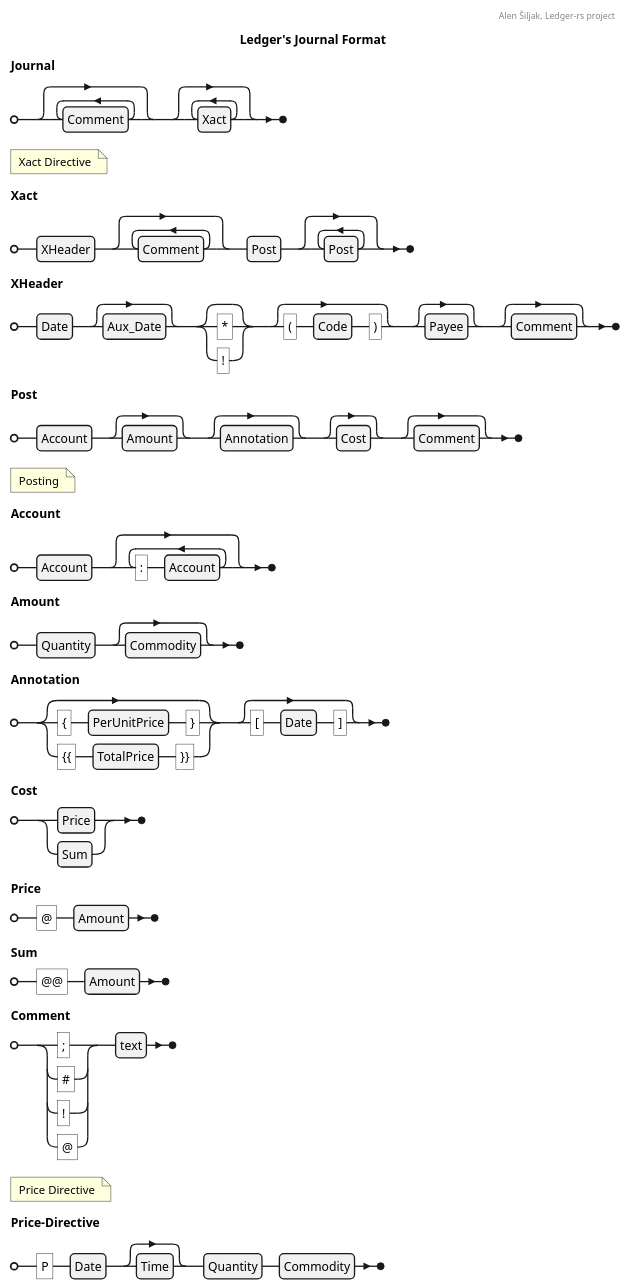
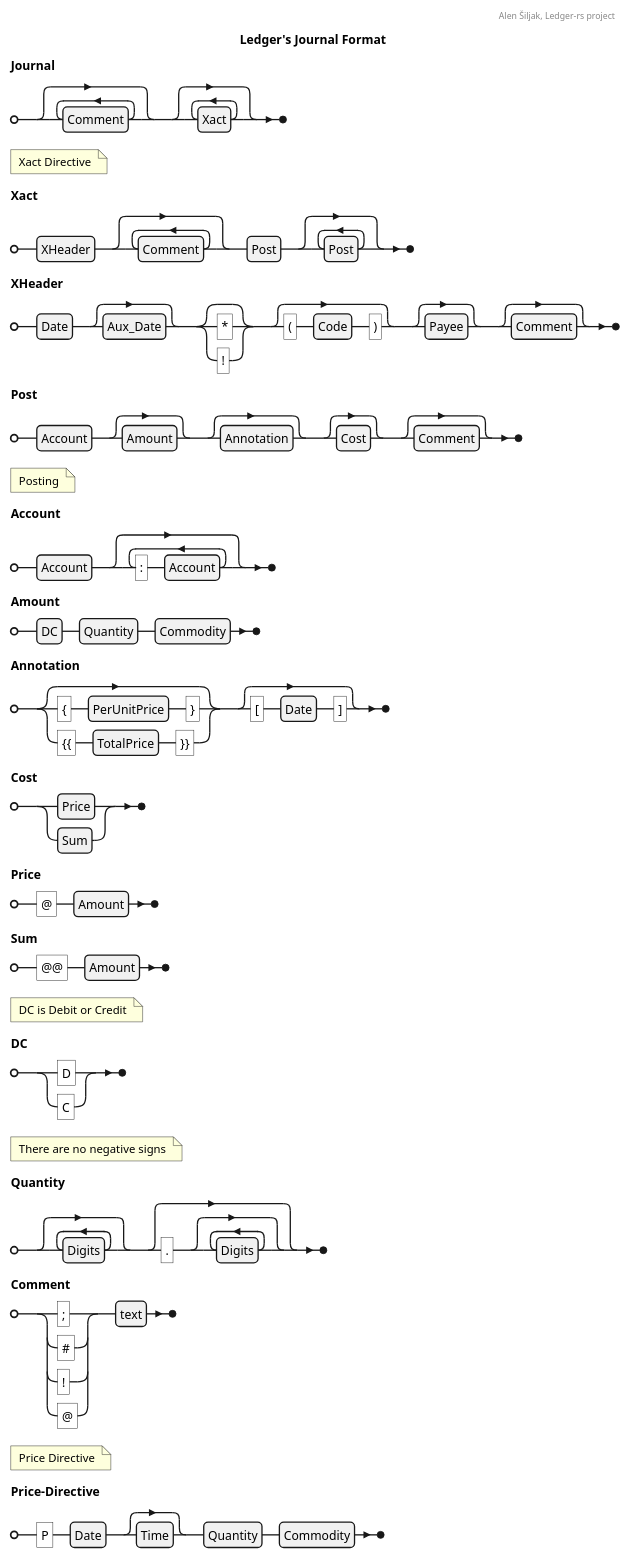
The diagram in grid-accounting/ledger-ebnf.plantuml (stevegt/lab), drawn with PlantUML before and after one commit. The commit also changed 2 other files, not shown here.

Commit message:
Revise prompts, add example.ledger, update rules in ledger-ebnf.plantuml.
Add EBNF instruction and an additional newline for formatting.

summary of diff --git  a/.aidda/prompt b/.aidda/prompt

- Add instruction to use the EBNF in ledger-ebnf.plantuml to parse example.md
- Add additional newline for formatting

Add example.ledger, set balances, record transactions, update assets.

summary of diff --git  a/example.ledger b/example.ledger

- Add a new file example.ledger
- Set initial balances for Alice and Bob on 2023-01-01
- Record Alice's promise and Bob's corresponding asset on 2023-01-02
- Update assets and equity for both Alice and Bob after promise fulfillment on 2023-01-03

Modify Amount to include DC, add DC rule, update Quantity sans negatives.

summary of diff --git  a/ledger-ebnf.plantuml b/ledger-ebnf.plantuml

- Modify the Amount rule to include DC before Quantity and Commodity
- Add a new rule defining DC as either D or C
- Update Quantity rule to specify that it does not include negative signs

```diff
--- a/grid-accounting/ledger-ebnf.plantuml
+++ b/grid-accounting/ledger-ebnf.plantuml
@@ -1,26 +1,32 @@
 @startebnf
 title Ledger's Journal Format
 header Alen Šiljak, Ledger-rs project
 
 Journal = {Comment}, {Xact};
 
 (* Xact Directive *)
 Xact = XHeader, {Comment}, Post, {Post};
 
 XHeader = Date, [Aux_Date], ["*" | "!"], [("(", Code, ")")], [Payee], [Comment];
 Post = Account, [Amount], [Annotation], [Cost], [Comment];
 
 (* Posting *)
 Account = Account, {(":", Account)};
-Amount = Quantity, [Commodity];
+Amount = DC, Quantity, Commodity;
 Annotation = [("{", PerUnitPrice, "}") | ("{{", TotalPrice, "}}")], [("[", Date, "]")];
 Cost = Price | Sum;
 Price = ("@", Amount);
 Sum = ("@@", Amount);
+
+(* DC is Debit or Credit *)
+DC = ("D" | "C");
+
+(* There are no negative signs *)
+Quantity = {Digits}, [".", {Digits}];
 
 Comment = (";" | "#" | "!" | "@"), text ;
 
 (* Price Directive *)
 Price-Directive = "P", Date, [Time], Quantity, Commodity;
 
 @endebnf
```
